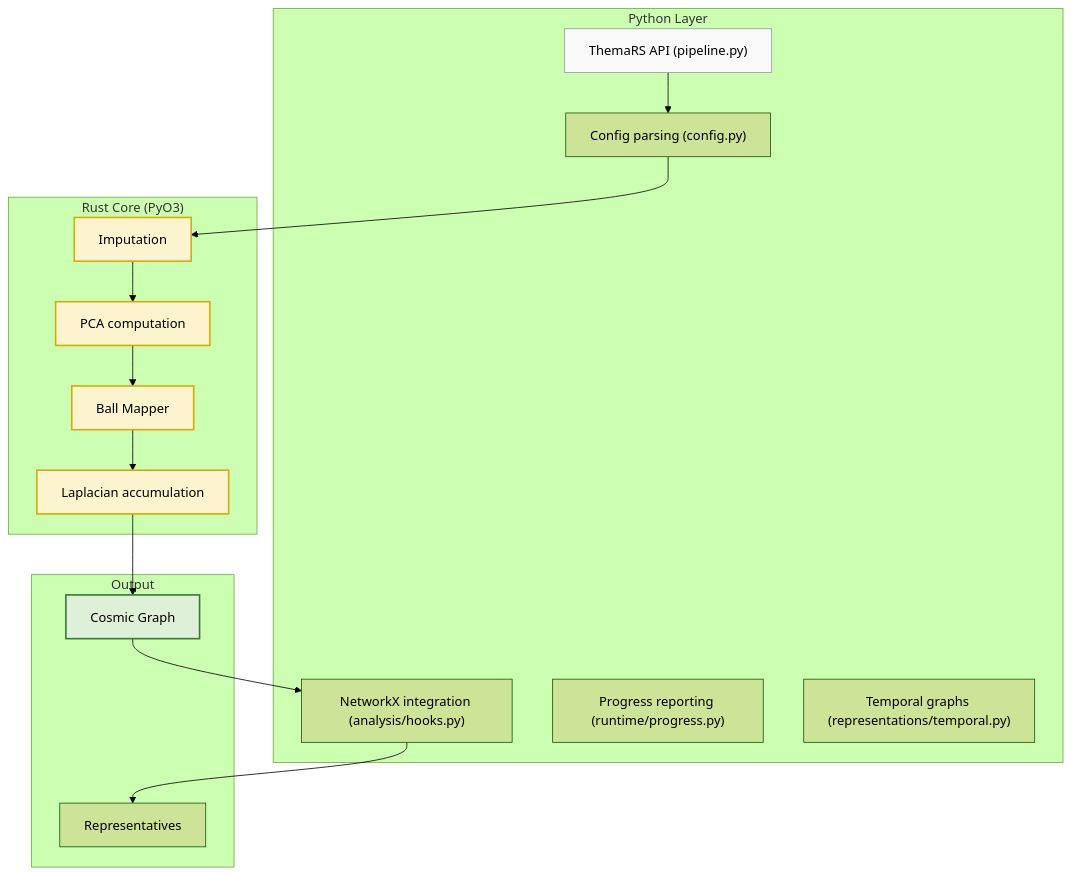
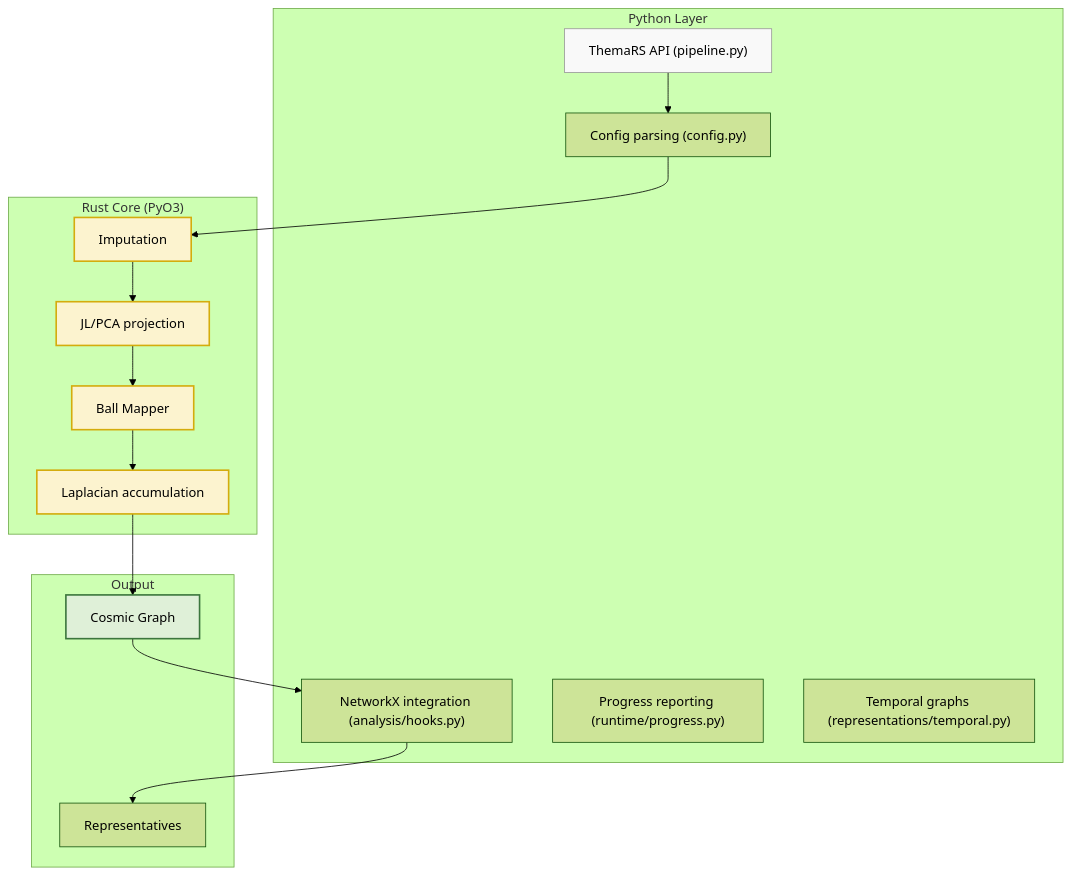
Before and after one commit to Krv-Labs/pulsar: the diagram in docs/source/overview.rst, drawn with Mermaid (forest theme). The commit also changed other lines of this file and 73 other files, not shown here.

```diff
--- a/docs/source/overview.rst
+++ b/docs/source/overview.rst
@@ -25,38 +25,38 @@
 .. mermaid::
 
    graph TB
       subgraph "Python Layer"
          A["ThemaRS API (pipeline.py)"]
          B["Config parsing (config.py)"]
          C["NetworkX integration (analysis/hooks.py)"]
          P["Progress reporting (runtime/progress.py)"]
          T["Temporal graphs (representations/temporal.py)"]
       end
 
       subgraph "Rust Core (PyO3)"
          D["Imputation"]
-         E["PCA computation"]
+         E["JL/PCA projection"]
          F["Ball Mapper"]
          G["Laplacian accumulation"]
       end
 
       subgraph "Output"
          H["Cosmic Graph"]
          I["Representatives"]
       end
 
       A --> B
       B --> D
       D --> E
       E --> F
       F --> G
       G --> H
       H --> C
       C --> I
 
       style A fill:#f9f9f9,stroke:#999
       style D fill:#FCF3CF,stroke:#D4AC0D,stroke-width:2px
       style E fill:#FCF3CF,stroke:#D4AC0D,stroke-width:2px
       style F fill:#FCF3CF,stroke:#D4AC0D,stroke-width:2px
       style G fill:#FCF3CF,stroke:#D4AC0D,stroke-width:2px
       style H fill:#DFF0D8,stroke:#3C763D,stroke-width:2px
```
